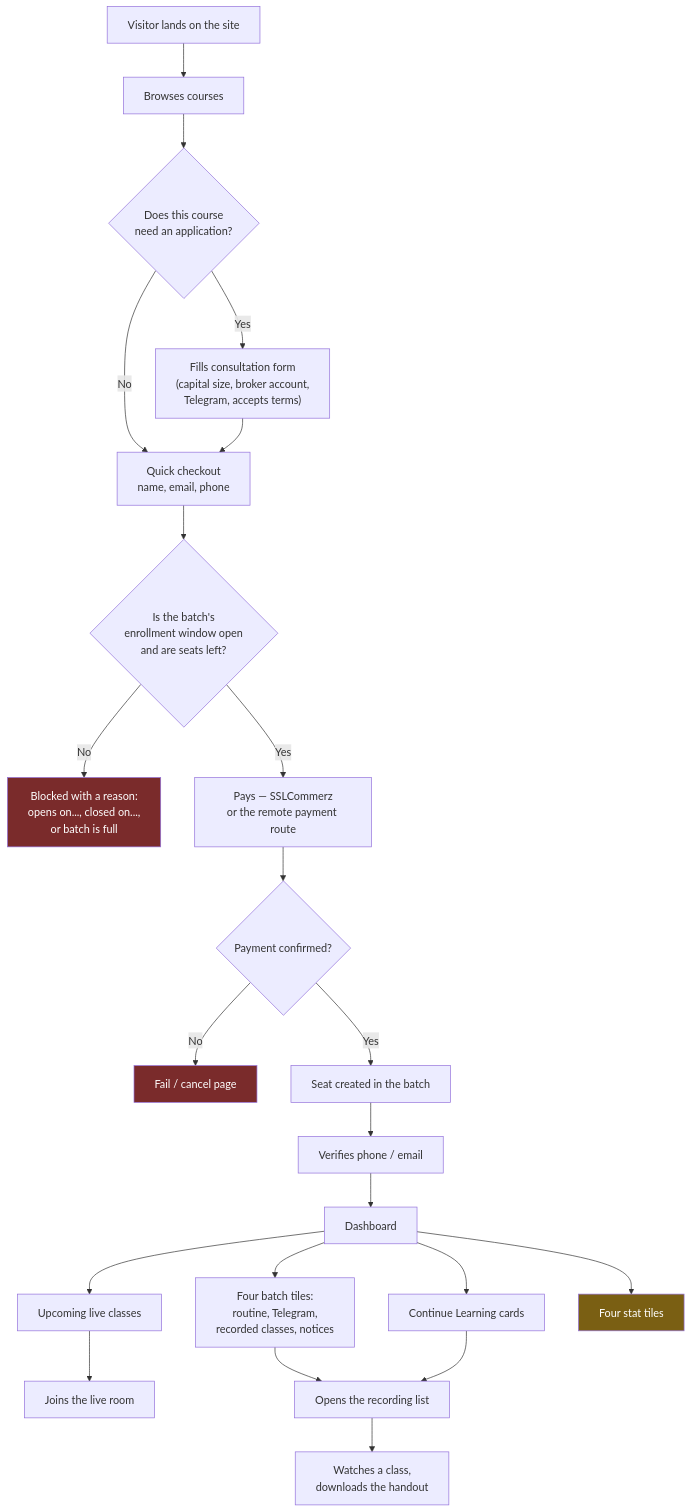
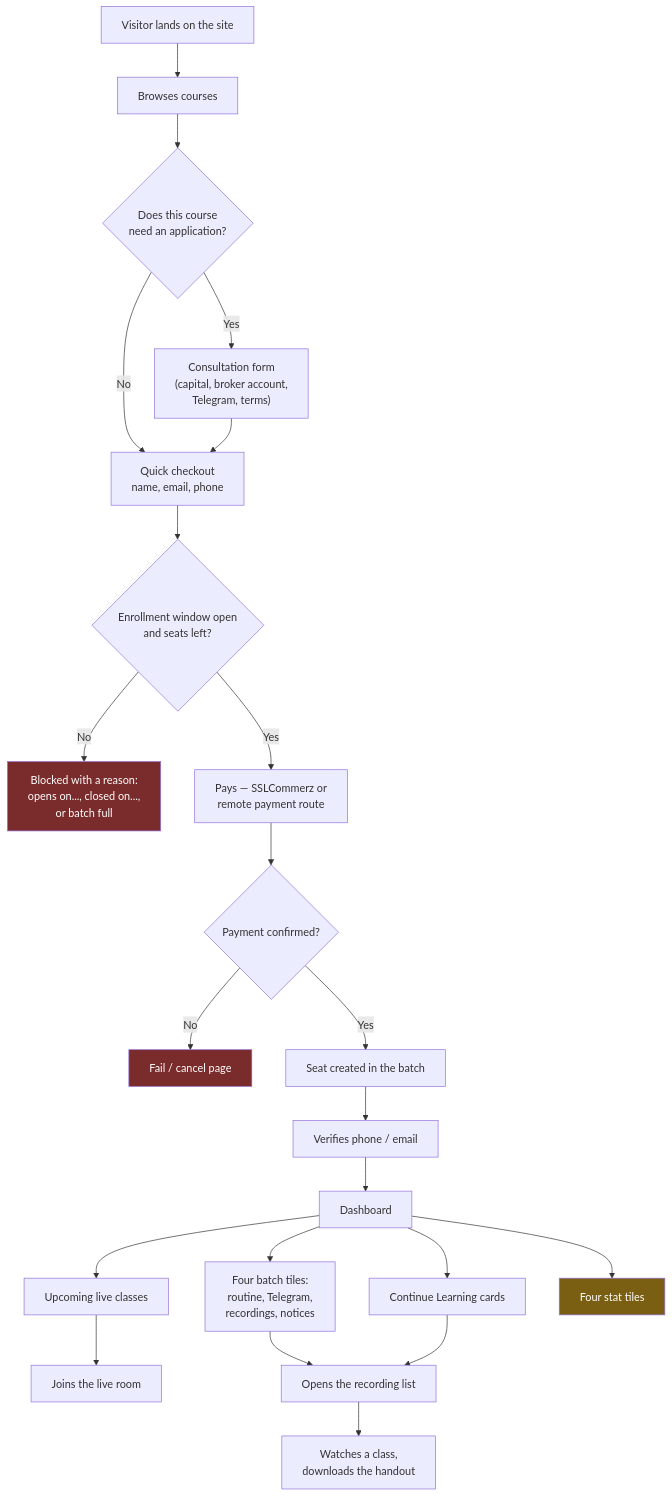
Before and after one commit to tdottahmed/tradingchart-planing: the first of 7 diagrams in STUDENT_UX_ENHANCEMENT_PLAN.md, drawn with Mermaid. The commit also changed other lines of this file and 1 other file, not shown here.

````diff
--- a/STUDENT_UX_ENHANCEMENT_PLAN.md
+++ b/STUDENT_UX_ENHANCEMENT_PLAN.md
@@ -69,30 +70,30 @@
 ```mermaid
 flowchart TD
     A["Visitor lands on the site"] --> B["Browses courses"]
     B --> C{"Does this course<br/>need an application?"}
-    C -->|Yes| D["Fills consultation form<br/>(capital size, broker account,<br/>Telegram, accepts terms)"]
+    C -->|Yes| D["Consultation form<br/>(capital, broker account,<br/>Telegram, terms)"]
     C -->|No| E["Quick checkout<br/>name, email, phone"]
     D --> E
-    E --> F{"Is the batch's<br/>enrollment window open<br/>and are seats left?"}
-    F -->|No| G["Blocked with a reason:<br/>opens on..., closed on...,<br/>or batch is full"]
-    F -->|Yes| H["Pays — SSLCommerz<br/>or the remote payment route"]
+    E --> F{"Enrollment window open<br/>and seats left?"}
+    F -->|No| G["Blocked with a reason:<br/>opens on..., closed on...,<br/>or batch full"]
+    F -->|Yes| H["Pays — SSLCommerz or<br/>remote payment route"]
     H --> I{"Payment confirmed?"}
     I -->|No| J["Fail / cancel page"]
     I -->|Yes| K["Seat created in the batch"]
     K --> L["Verifies phone / email"]
     L --> M["Dashboard"]
 
     M --> N["Upcoming live classes"]
-    M --> O["Four batch tiles:<br/>routine, Telegram,<br/>recorded classes, notices"]
+    M --> O["Four batch tiles:<br/>routine, Telegram,<br/>recordings, notices"]
     M --> P["Continue Learning cards"]
     M --> Q["Four stat tiles"]
 
     N --> R["Joins the live room"]
     O --> S["Opens the recording list"]
     P --> S
     S --> T["Watches a class,<br/>downloads the handout"]
 
     style G fill:#7a2b2b,color:#fff
     style J fill:#7a2b2b,color:#fff
     style Q fill:#7a5f13,color:#fff
 ```
````
